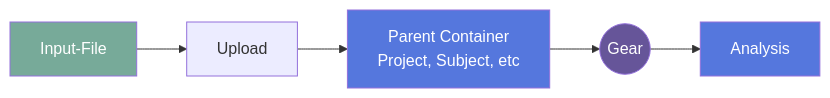
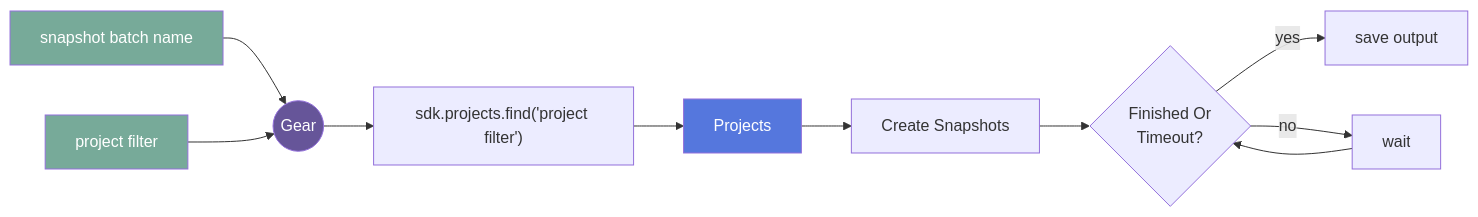
One commit to naccdata/sitewide-snapshot changed the first of 2 diagrams in README.md. Above: the diagram before and after it, drawn with Mermaid. The commit also changed other lines of this file and 2 other files, not shown here.

````diff
--- a/README.md
+++ b/README.md
@@ -125,12 +106,18 @@
 ```mermaid
 graph LR;
-    A[Input-File]:::input --> C;
-    C[Upload] --> D[Parent Container <br> Project, Subject, etc];
-    D:::container --> E((Gear));
-    E:::gear --> F[Analysis]:::container;
+    A[snapshot batch name]:::input --> C;
+    B[project filter]:::input --> C;
+    C((Gear)):::gear --> D;
+    D["sdk.projects.find('project filter')"] --> E;
+    E[Projects]:::container --> F;
+    F[Create Snapshots] --> I;
+    I{Finished Or \nTimeout?} -- yes --> J;
+    I -- no --> K;
+    K[wait] -->I;
+    J[save output];
     
     classDef container fill:#57d,color:#fff
     classDef input fill:#7a9,color:#fff
     classDef gear fill:#659,color:#fff
 
 ```
````
